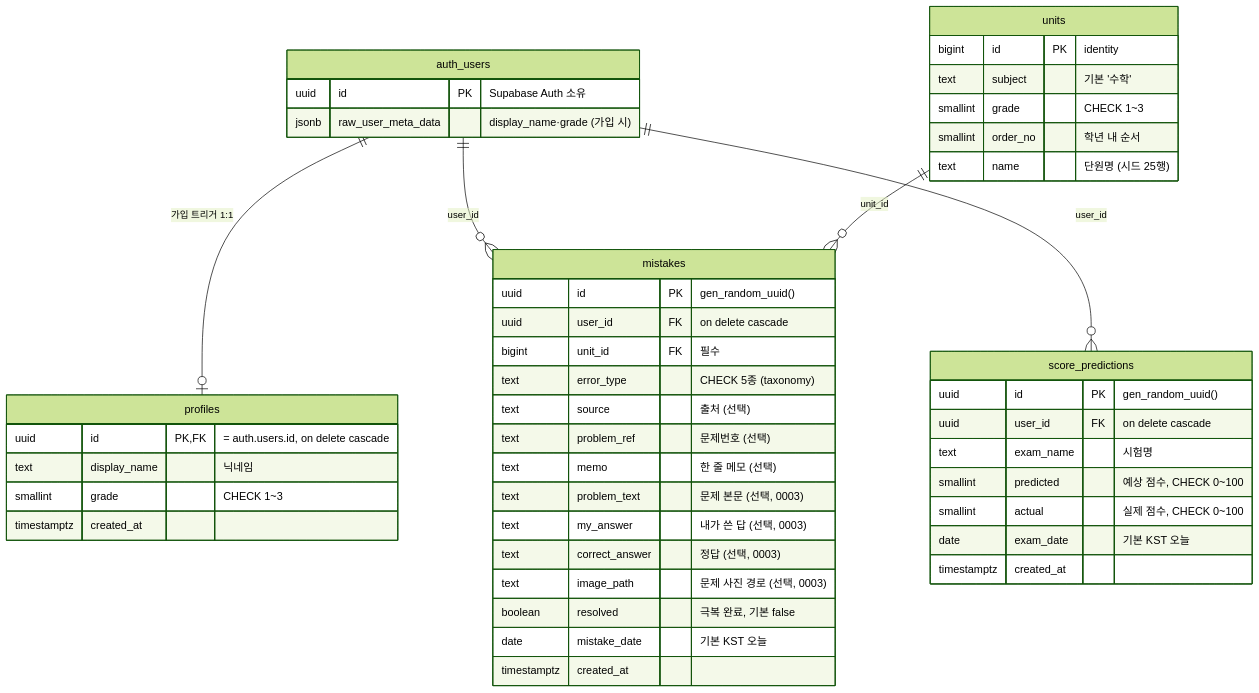
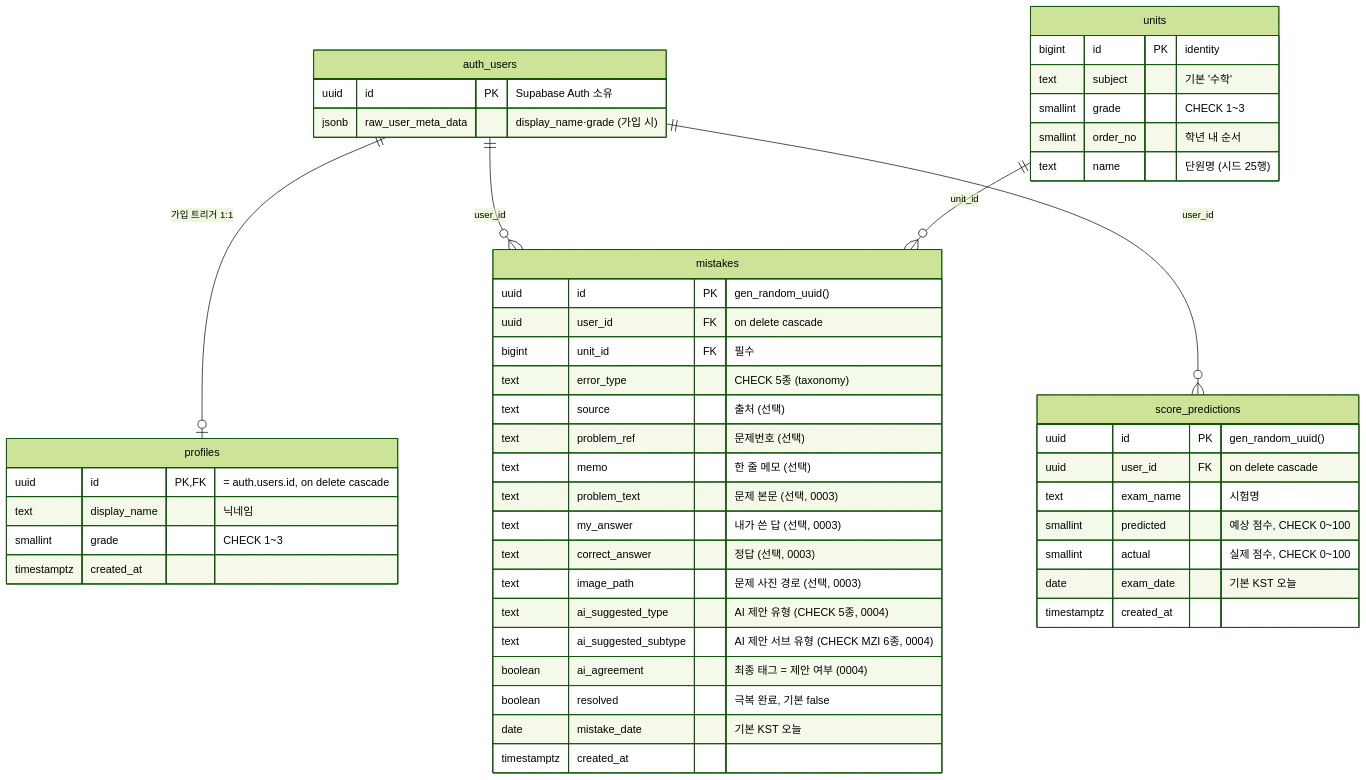
Before and after one commit to safecorners/ccc-metanote: the first of 4 diagrams in docs/SCHEMA.md, drawn with Mermaid (forest theme). The commit also changed other lines of this file and 19 other files, not shown here.

````diff
--- a/docs/SCHEMA.md
+++ b/docs/SCHEMA.md
@@ -11,54 +11,57 @@
 ```mermaid
 erDiagram
     auth_users ||--o| profiles : "가입 트리거 1:1"
     auth_users ||--o{ mistakes : "user_id"
     auth_users ||--o{ score_predictions : "user_id"
     units ||--o{ mistakes : "unit_id"
 
     auth_users {
         uuid id PK "Supabase Auth 소유"
         jsonb raw_user_meta_data "display_name·grade (가입 시)"
     }
 
     profiles {
         uuid id PK,FK "= auth.users.id, on delete cascade"
         text display_name "닉네임"
         smallint grade "CHECK 1~3"
         timestamptz created_at
     }
 
     units {
         bigint id PK "identity"
         text subject "기본 '수학'"
         smallint grade "CHECK 1~3"
         smallint order_no "학년 내 순서"
         text name "단원명 (시드 25행)"
     }
 
     mistakes {
         uuid id PK "gen_random_uuid()"
         uuid user_id FK "on delete cascade"
         bigint unit_id FK "필수"
         text error_type "CHECK 5종 (taxonomy)"
         text source "출처 (선택)"
         text problem_ref "문제번호 (선택)"
         text memo "한 줄 메모 (선택)"
         text problem_text "문제 본문 (선택, 0003)"
         text my_answer "내가 쓴 답 (선택, 0003)"
         text correct_answer "정답 (선택, 0003)"
         text image_path "문제 사진 경로 (선택, 0003)"
+        text ai_suggested_type "AI 제안 유형 (CHECK 5종, 0004)"
+        text ai_suggested_subtype "AI 제안 서브 유형 (CHECK MZI 6종, 0004)"
+        boolean ai_agreement "최종 태그 = 제안 여부 (0004)"
         boolean resolved "극복 완료, 기본 false"
         date mistake_date "기본 KST 오늘"
         timestamptz created_at
     }
 
     score_predictions {
         uuid id PK "gen_random_uuid()"
         uuid user_id FK "on delete cascade"
         text exam_name "시험명"
         smallint predicted "예상 점수, CHECK 0~100"
         smallint actual "실제 점수, CHECK 0~100"
         date exam_date "기본 KST 오늘"
         timestamptz created_at
     }
 ```
````
